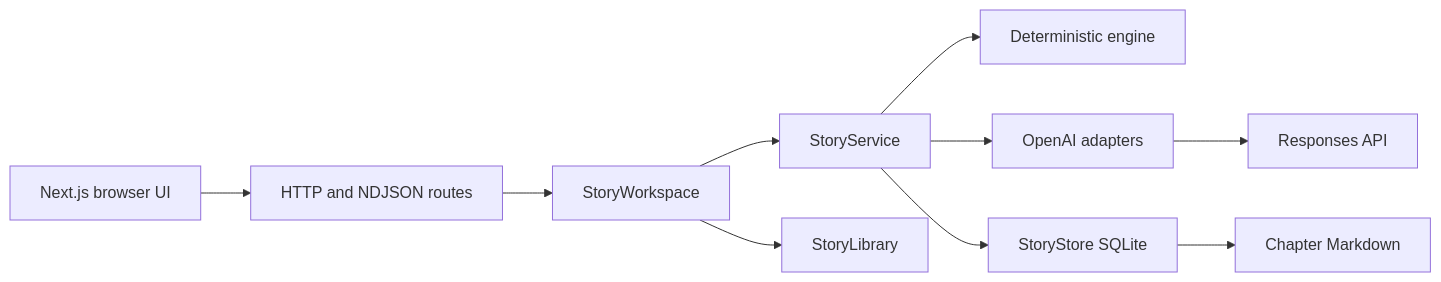
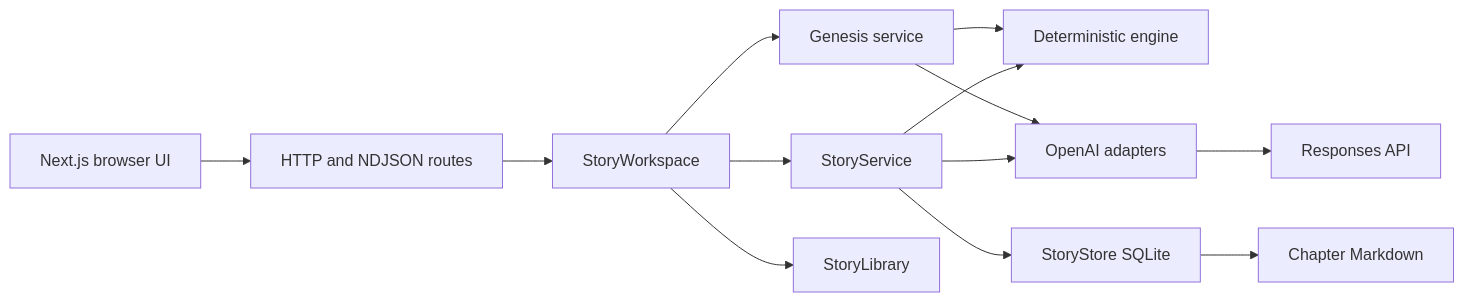
One commit to shivam-g10/infinite-litrpg changed the first of 2 diagrams in docs/ARCHITECTURE.md. Above: the diagram before and after it, drawn with Mermaid. The commit also changed other lines of this file and 57 other files, not shown here.

````diff
--- a/docs/ARCHITECTURE.md
+++ b/docs/ARCHITECTURE.md
@@ -5,12 +5,15 @@
 ```mermaid
 flowchart LR
     B["Next.js browser UI"] --> H["HTTP and NDJSON routes"]
     H --> W["StoryWorkspace"]
+    W --> G["Genesis service"]
     W --> S["StoryService"]
+    G --> E
+    G --> O
     S --> E["Deterministic engine"]
     S --> O["OpenAI adapters"]
     O --> R["Responses API"]
     S --> D["StoryStore SQLite"]
     D --> M["Chapter Markdown"]
     W --> L["StoryLibrary"]
 ```
````
